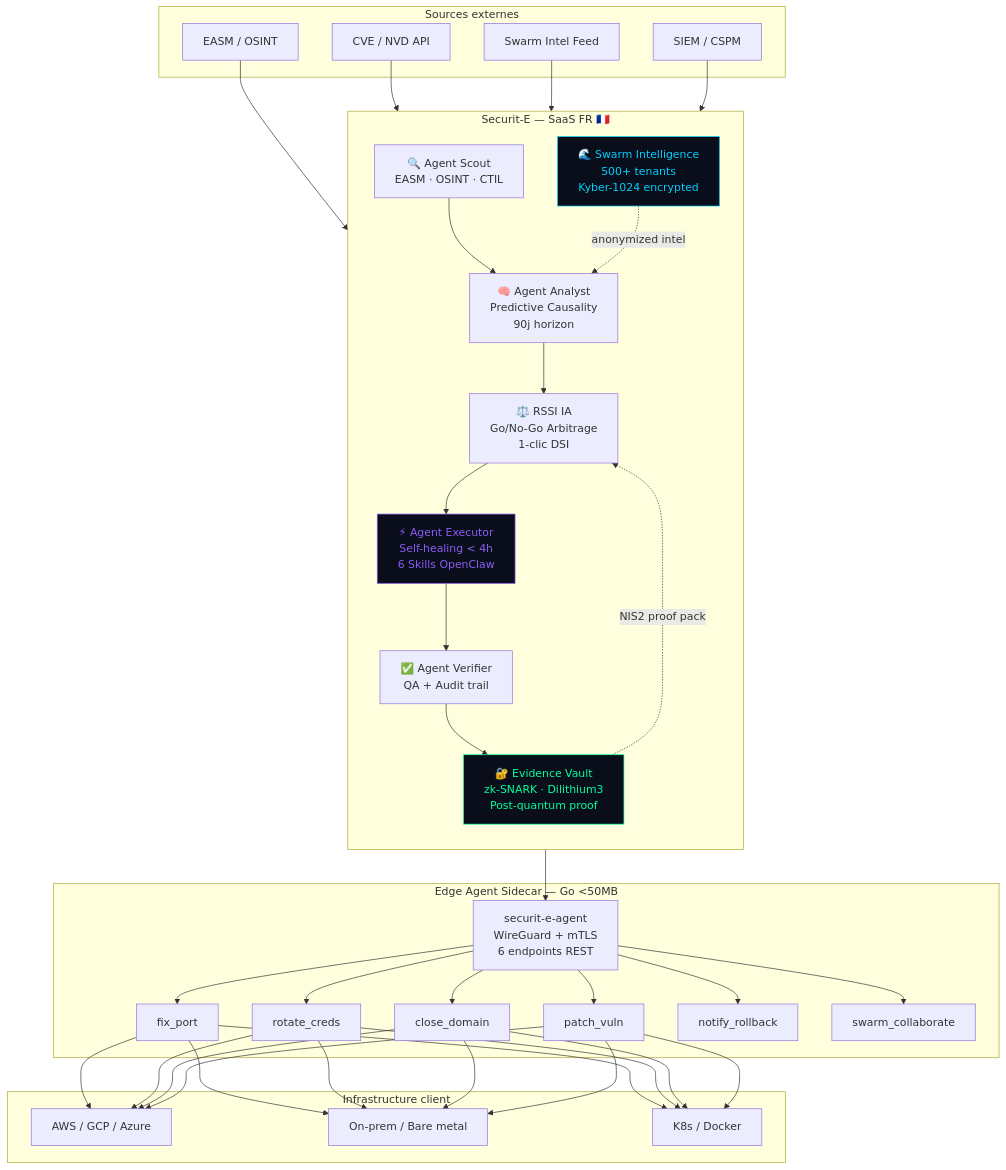
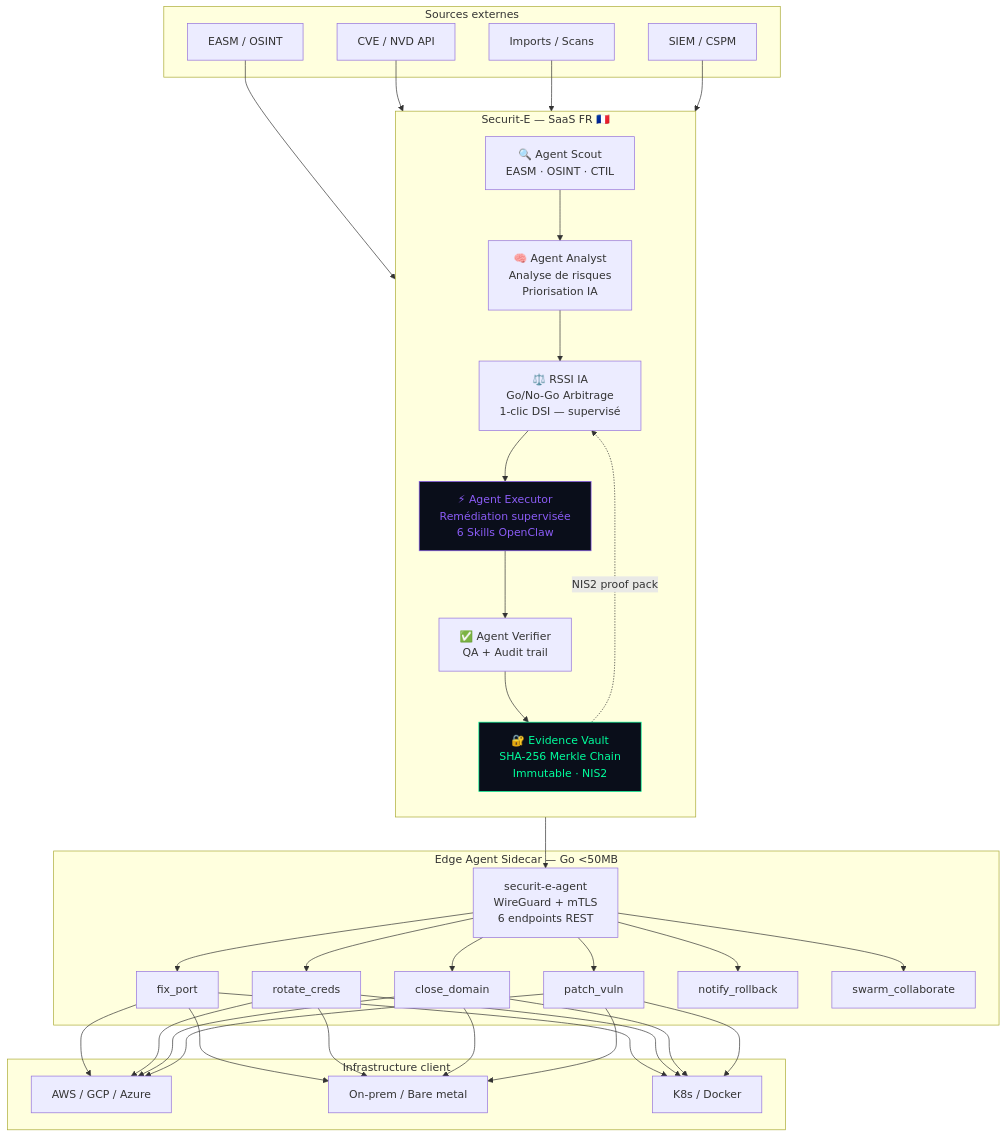
The first of 3 diagrams in README.md (lemoalvivien-cmyk/edge-proof-keeper), drawn with Mermaid before and after one commit. The commit also changed other lines of this file and 2 other files, not shown here.

````diff
--- a/README.md
+++ b/README.md
@@ -32,58 +35,55 @@
 ```mermaid
 graph TD
     subgraph "Sources externes"
         S1[EASM / OSINT]
         S2[CVE / NVD API]
-        S3[Swarm Intel Feed]
+        S3[Imports / Scans]
         S4[SIEM / CSPM]
     end
 
     subgraph "Securit-E — SaaS FR 🇫🇷"
         direction TB
         SCOUT["🔍 Agent Scout<br/>EASM · OSINT · CTIL"]
-        ANALYST["🧠 Agent Analyst<br/>Predictive Causality<br/>90j horizon"]
-        GONOGO["⚖️ RSSI IA<br/>Go/No-Go Arbitrage<br/>1-clic DSI"]
-        EXECUTOR["⚡ Agent Executor<br/>Self-healing < 4h<br/>6 Skills OpenClaw"]
+        ANALYST["🧠 Agent Analyst<br/>Analyse de risques<br/>Priorisation IA"]
+        GONOGO["⚖️ RSSI IA<br/>Go/No-Go Arbitrage<br/>1-clic DSI — supervisé"]
+        EXECUTOR["⚡ Agent Executor<br/>Remédiation supervisée<br/>6 Skills OpenClaw"]
         VERIFIER["✅ Agent Verifier<br/>QA + Audit trail"]
-        VAULT["🔐 Evidence Vault<br/>zk-SNARK · Dilithium3<br/>Post-quantum proof"]
-        SWARM["🌊 Swarm Intelligence<br/>500+ tenants<br/>Kyber-1024 encrypted"]
+        VAULT["🔐 Evidence Vault<br/>SHA-256 Merkle Chain<br/>Immutable · NIS2"]
     end
 
     subgraph "Edge Agent Sidecar — Go <50MB"
         EA["securit-e-agent<br/>WireGuard + mTLS<br/>6 endpoints REST"]
         SK1["fix_port"]
         SK2["rotate_creds"]
         SK3["close_domain"]
         SK4["patch_vuln"]
         SK5["notify_rollback"]
         SK6["swarm_collaborate"]
     end
 
     subgraph "Infrastructure client"
         INF1["AWS / GCP / Azure"]
         INF2["On-prem / Bare metal"]
         INF3["K8s / Docker"]
     end
 
     S1 --> SCOUT
     S2 --> SCOUT
-    S3 --> SWARM
+    S3 --> SCOUT
     S4 --> SCOUT
 
     SCOUT --> ANALYST
     ANALYST --> GONOGO
     GONOGO --> EXECUTOR
     EXECUTOR --> VERIFIER
     VERIFIER --> VAULT
 
     EXECUTOR --> EA
     EA --> SK1 & SK2 & SK3 & SK4 & SK5 & SK6
     SK1 & SK2 & SK3 & SK4 --> INF1 & INF2 & INF3
 
-    SWARM -.->|"anonymized intel"| ANALYST
     VAULT -.->|"NIS2 proof pack"| GONOGO
 
     style VAULT fill:#0a0e1a,color:#00ff9d,stroke:#00ff9d
-    style SWARM fill:#0a0e1a,color:#00cfff,stroke:#00cfff
     style EXECUTOR fill:#0a0e1a,color:#8b5cf6,stroke:#8b5cf6
 ```
````
